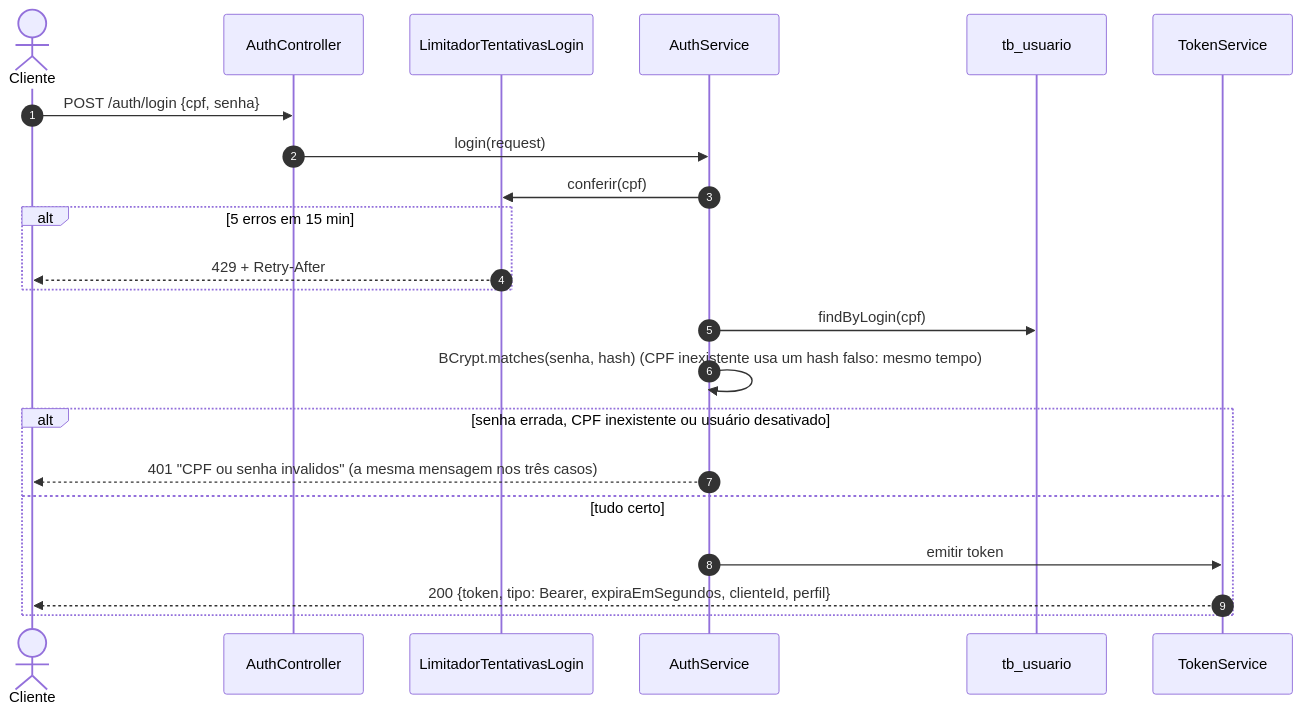
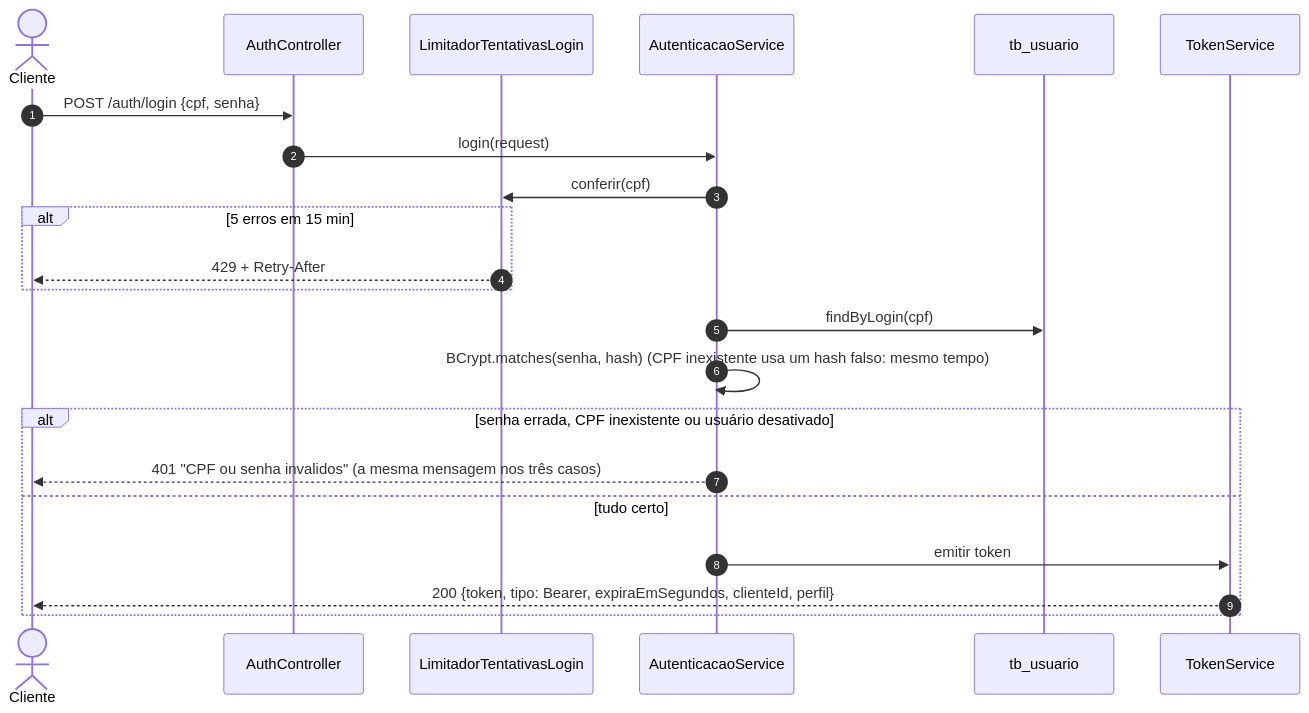
Before and after one commit to k3vinrich4rd/rkf_bank: the second of 4 diagrams in backend/README_SEGURANCA.md, drawn with Mermaid. The commit also changed other lines of this file and 12 other files, not shown here.

````diff
--- a/backend/README_SEGURANCA.md
+++ b/backend/README_SEGURANCA.md
@@ -74,25 +74,25 @@
 ```mermaid
 sequenceDiagram
     autonumber
     actor C as Cliente
     participant AC as AuthController
     participant LIM as LimitadorTentativasLogin
-    participant AS as AuthService
+    participant AS as AutenticacaoService
     participant DB as tb_usuario
     participant TS as TokenService
 
     C->>AC: POST /auth/login {cpf, senha}
     AC->>AS: login(request)
     AS->>LIM: conferir(cpf)
     alt 5 erros em 15 min
         LIM-->>C: 429 + Retry-After
     end
     AS->>DB: findByLogin(cpf)
     AS->>AS: BCrypt.matches(senha, hash)  (CPF inexistente usa um hash falso: mesmo tempo)
     alt senha errada, CPF inexistente ou usuário desativado
         AS-->>C: 401 "CPF ou senha invalidos" (a mesma mensagem nos três casos)
     else tudo certo
         AS->>TS: emitir token
         TS-->>C: 200 {token, tipo: Bearer, expiraEmSegundos, clienteId, perfil}
     end
 ```
````
